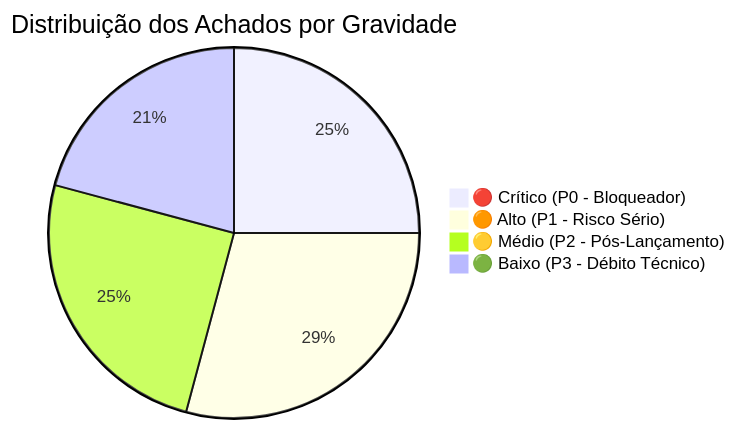
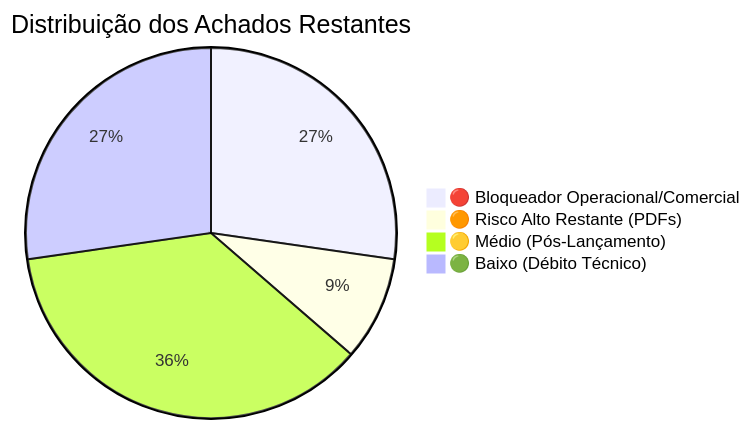
Before and after one commit to mardeganvf/elana-app: the diagram in docs/diagnostico-pre-lancamento.md, drawn with Mermaid. The commit also changed other lines of this file and 5 other files, not shown here.

Commit message:
fix(pre-launch): sync browser history, update CSP for Sentry, make SQL schema idempotent and add performance indexes

````diff
--- a/docs/diagnostico-pre-lancamento.md
+++ b/docs/diagnostico-pre-lancamento.md
@@ -19,7 +19,7 @@
 ```mermaid
-pie title Distribuição dos Achados por Gravidade
-    "🔴 Crítico (P0 - Bloqueador)" : 6
-    "🟠 Alto (P1 - Risco Sério)" : 7
-    "🟡 Médio (P2 - Pós-Lançamento)" : 6
-    "🟢 Baixo (P3 - Débito Técnico)" : 5
+pie title Distribuição dos Achados Restantes
+    "🔴 Bloqueador Operacional/Comercial" : 3
+    "🟠 Risco Alto Restante (PDFs)" : 1
+    "🟡 Médio (Pós-Lançamento)" : 4
+    "🟢 Baixo (Débito Técnico)" : 3
 ```
````
